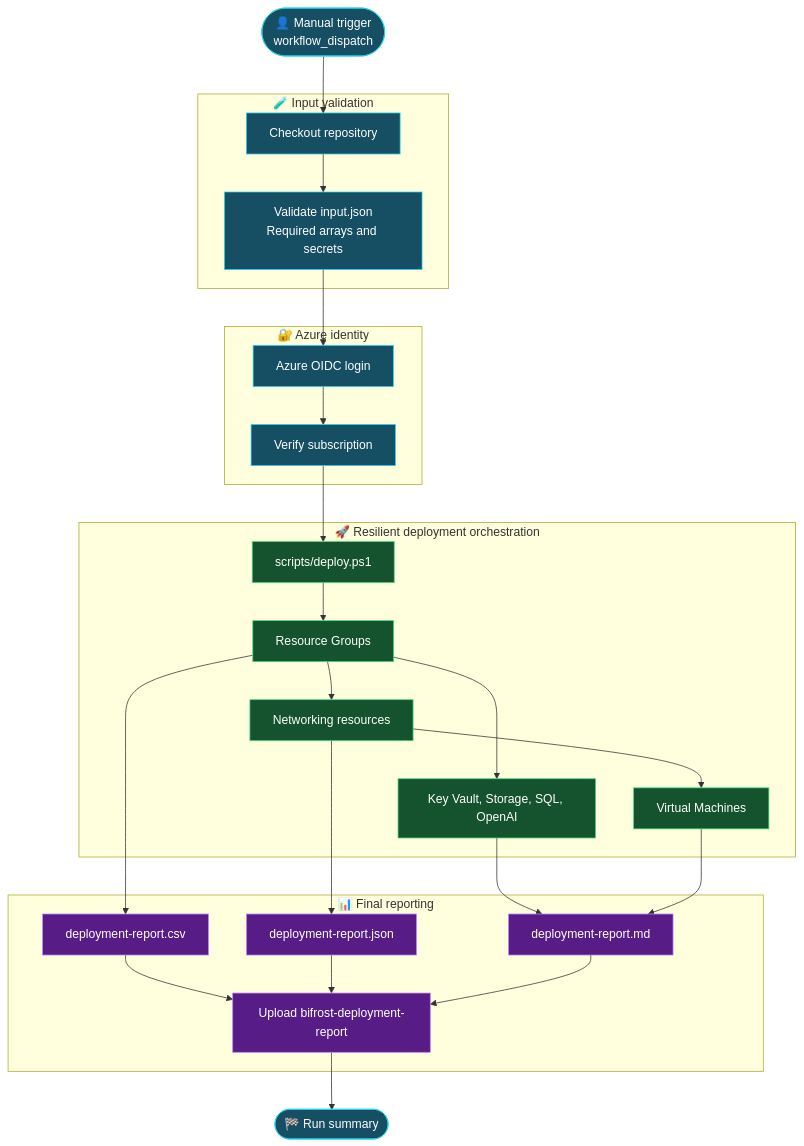
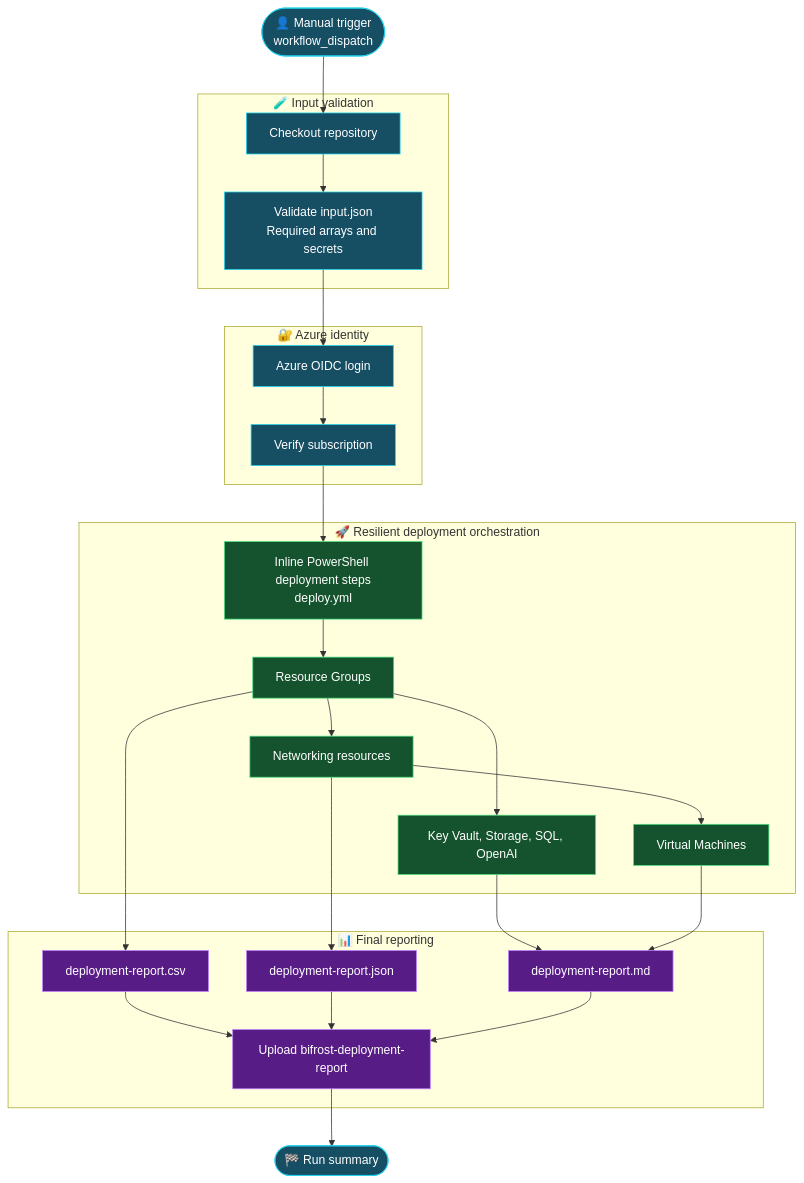
One commit to PROMETHEUS-N/BIFROST changed the second of 3 diagrams in README.md. Above: the diagram before and after it, drawn with Mermaid.

Commit message:
docs: show inline deployment logic in CI/CD diagram

````diff
--- a/README.md
+++ b/README.md
@@ -104,56 +104,56 @@
 ```mermaid
 flowchart TD
     START(["👤 Manual trigger<br/>workflow_dispatch"])
 
     subgraph CHECKS["🧪 Input validation"]
         CO["Checkout repository"]
         VALIDATE["Validate input.json<br/>Required arrays and secrets"]
         CO --> VALIDATE
     end
 
     subgraph IDENTITY["🔐 Azure identity"]
         LOGIN["Azure OIDC login"]
         VERIFY["Verify subscription"]
         LOGIN --> VERIFY
     end
 
     subgraph ORCHESTRATION["🚀 Resilient deployment orchestration"]
-        RUN["scripts/deploy.ps1"]
+        RUN["Inline PowerShell deployment steps<br/>deploy.yml"]
         RG["Resource Groups"]
         NET["Networking resources"]
         SERVICES["Key Vault, Storage, SQL, OpenAI"]
         VM["Virtual Machines"]
         RUN --> RG --> NET
         RG --> SERVICES
         NET --> VM
     end
 
     subgraph REPORTING["📊 Final reporting"]
         CSV["deployment-report.csv"]
         JSON["deployment-report.json"]
         MD["deployment-report.md"]
         ARTIFACT["Upload bifrost-deployment-report"]
         CSV --> ARTIFACT
         JSON --> ARTIFACT
         MD --> ARTIFACT
     end
 
     DONE(["🏁 Run summary"])
 
     START --> CO
     VALIDATE --> LOGIN
     VERIFY --> RUN
     RG --> CSV
     NET --> JSON
     SERVICES --> MD
     VM --> MD
     ARTIFACT --> DONE
 
     classDef gate fill:#164e63,color:#fff,stroke:#22d3ee
     classDef deploy fill:#14532d,color:#fff,stroke:#4ade80
     classDef report fill:#581c87,color:#fff,stroke:#c084fc
     class START,DONE gate
     class CO,VALIDATE,LOGIN,VERIFY gate
     class RUN,RG,NET,SERVICES,VM deploy
     class CSV,JSON,MD,ARTIFACT report
 ```
````
